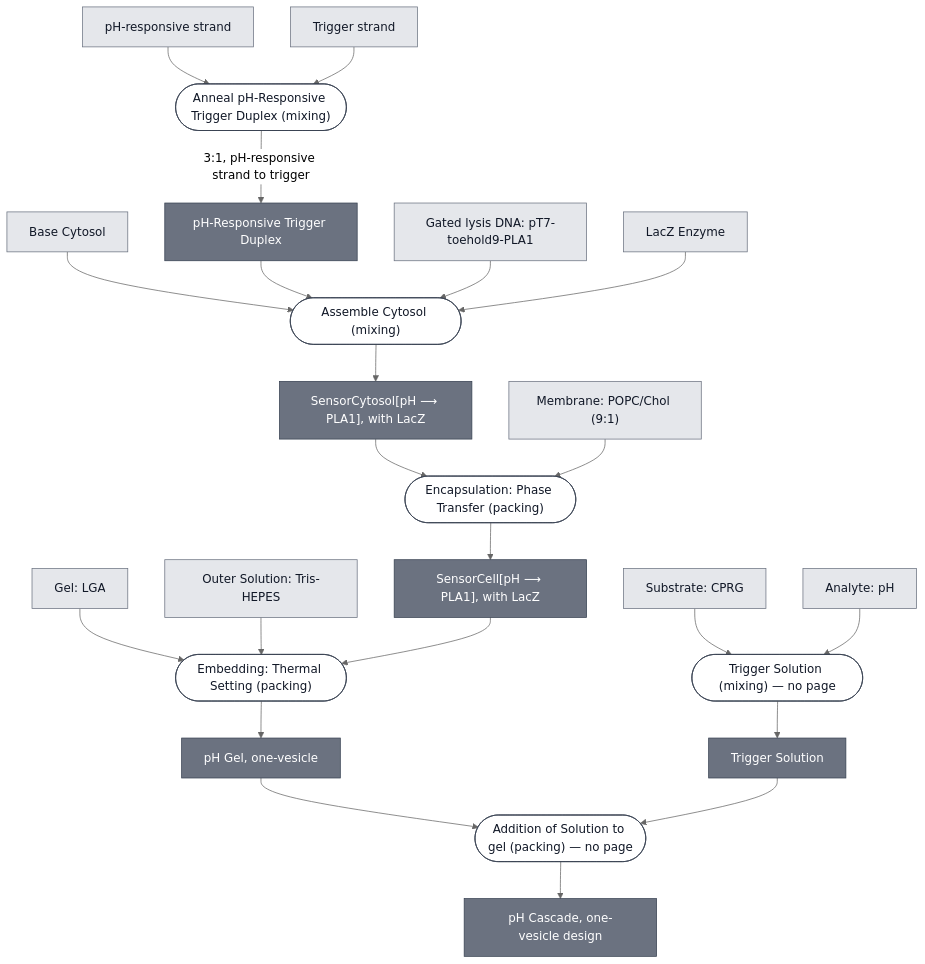
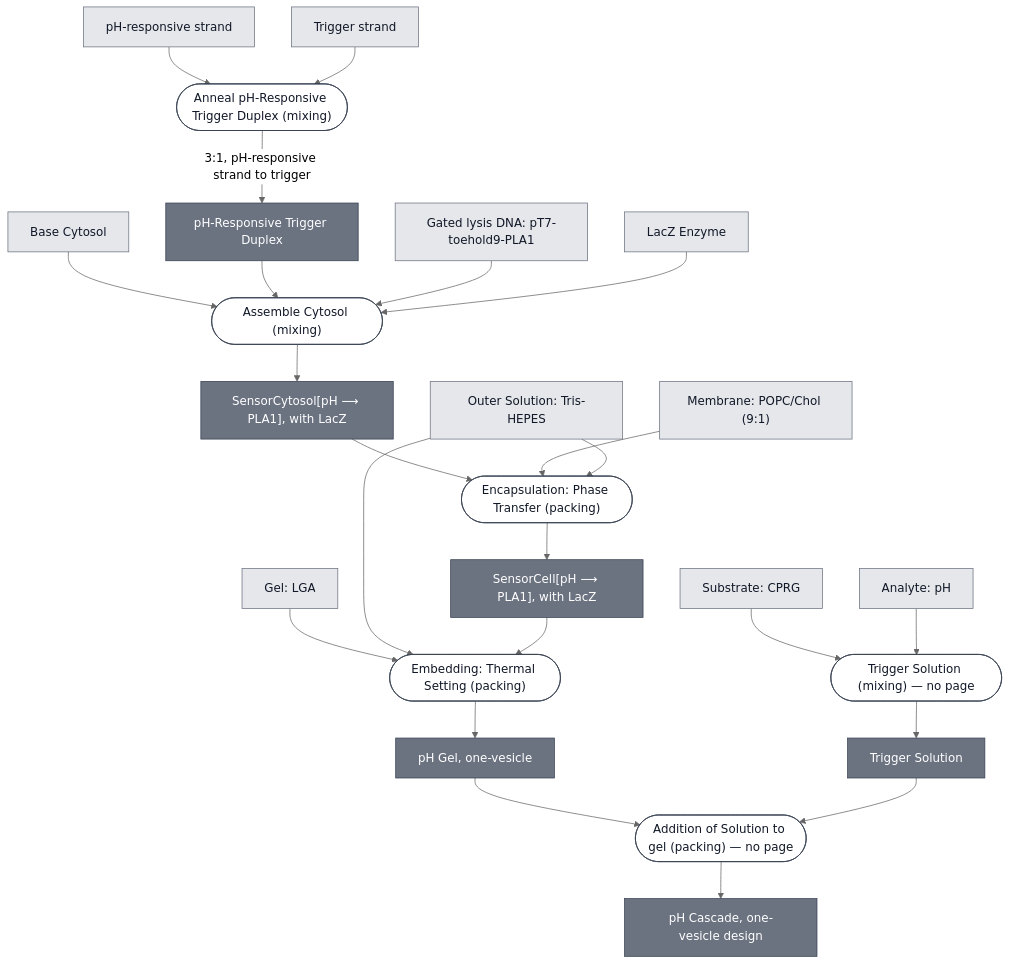
Before and after one commit to nucleus-eng/nucleus-docs: the diagram in docs/modules/ph-cascade-one-vesicle/spec.md, drawn with Mermaid (neutral theme). The commit also changed 41 other files, not shown here.

````diff
--- a/docs/modules/ph-cascade-one-vesicle/spec.md
+++ b/docs/modules/ph-cascade-one-vesicle/spec.md
@@ -33,74 +33,75 @@
 ```mermaid
 flowchart TD
     BASE_CYTOSOL["Base Cytosol"]
     PH_RESPONSIVE_SSDNA["pH-responsive strand"]
     TRIGGER_SSDNA["Trigger strand"]
     EFFECTOR_PLA1_TOEHOLD["Gated lysis DNA: pT7-toehold9-PLA1"]
     REPORTER_LACZ_ENZYME["LacZ Enzyme"]
     MEMBRANE_POPC_CHOL_9_1["Membrane: POPC/Chol (9:1)"]
     SUBSTRATE_CPRG["Substrate: CPRG"]
     LGA_POWDER["Gel: LGA"]
     OUTER_SOLUTION_TRIS_HEPES["Outer Solution: Tris-HEPES"]
     ANALYTE_PH["Analyte: pH"]
 
     P1_ANNEAL_TRIGGER_DUPLEX_0(["Anneal pH-Responsive Trigger Duplex (mixing)"])
     PH_TRIGGER_DUPLEX["pH-Responsive Trigger Duplex"]
     P2_ASSEMBLE_CYTOSOL_0(["Assemble Cytosol (mixing)"])
     PH_SENSOR_CYTOSOL_WITH_ENZYME["SensorCytosol[pH ⟶ PLA1], with LacZ"]
     P3_ENCAPSULATE_0(["Encapsulation: Phase Transfer (packing)"])
     PH_SENSING_CELL_WITH_ENZYME["SensorCell[pH ⟶ PLA1], with LacZ"]
     P4_EMBED_AGAROSE_0(["Embedding: Thermal Setting (packing)"])
     PH_GEL_ONE_VESICLE["pH Gel, one-vesicle"]
     P5_ASSEMBLE_TRIGGER_SOLUTION_0(["Trigger Solution (mixing) — no page"])
     PH_TRIGGER_SOLUTION["Trigger Solution"]
     P6_DOSE_TRIGGER_SOLUTION_0(["Addition of Solution to gel (packing) — no page"])
     PH_CASCADE_ONE_VESICLE["pH Cascade, one-vesicle design"]
 
     PH_RESPONSIVE_SSDNA --> P1_ANNEAL_TRIGGER_DUPLEX_0
     TRIGGER_SSDNA --> P1_ANNEAL_TRIGGER_DUPLEX_0
     P1_ANNEAL_TRIGGER_DUPLEX_0 -->|"3:1, pH-responsive strand to trigger"| PH_TRIGGER_DUPLEX
 
     BASE_CYTOSOL --> P2_ASSEMBLE_CYTOSOL_0
     PH_TRIGGER_DUPLEX --> P2_ASSEMBLE_CYTOSOL_0
     EFFECTOR_PLA1_TOEHOLD --> P2_ASSEMBLE_CYTOSOL_0
     REPORTER_LACZ_ENZYME --> P2_ASSEMBLE_CYTOSOL_0
     P2_ASSEMBLE_CYTOSOL_0 --> PH_SENSOR_CYTOSOL_WITH_ENZYME
 
     PH_SENSOR_CYTOSOL_WITH_ENZYME --> P3_ENCAPSULATE_0
     MEMBRANE_POPC_CHOL_9_1 --> P3_ENCAPSULATE_0
+    OUTER_SOLUTION_TRIS_HEPES --> P3_ENCAPSULATE_0
     P3_ENCAPSULATE_0 --> PH_SENSING_CELL_WITH_ENZYME
 
     LGA_POWDER --> P4_EMBED_AGAROSE_0
     OUTER_SOLUTION_TRIS_HEPES --> P4_EMBED_AGAROSE_0
     PH_SENSING_CELL_WITH_ENZYME --> P4_EMBED_AGAROSE_0
     P4_EMBED_AGAROSE_0 --> PH_GEL_ONE_VESICLE
 
     SUBSTRATE_CPRG --> P5_ASSEMBLE_TRIGGER_SOLUTION_0
     ANALYTE_PH --> P5_ASSEMBLE_TRIGGER_SOLUTION_0
     P5_ASSEMBLE_TRIGGER_SOLUTION_0 --> PH_TRIGGER_SOLUTION
 
     PH_GEL_ONE_VESICLE --> P6_DOSE_TRIGGER_SOLUTION_0
     PH_TRIGGER_SOLUTION --> P6_DOSE_TRIGGER_SOLUTION_0
     P6_DOSE_TRIGGER_SOLUTION_0 --> PH_CASCADE_ONE_VESICLE
 
 
     classDef leaf     fill:#e5e7eb,stroke:#6b7280,color:#111827;
     classDef composed fill:#6b7280,stroke:#374151,color:#ffffff;
     classDef process  fill:#ffffff,stroke:#374151,color:#111827;
     class BASE_CYTOSOL,PH_RESPONSIVE_SSDNA,TRIGGER_SSDNA,EFFECTOR_PLA1_TOEHOLD,REPORTER_LACZ_ENZYME,MEMBRANE_POPC_CHOL_9_1,SUBSTRATE_CPRG,LGA_POWDER,OUTER_SOLUTION_TRIS_HEPES,ANALYTE_PH leaf;
     class PH_TRIGGER_DUPLEX,PH_SENSOR_CYTOSOL_WITH_ENZYME,PH_SENSING_CELL_WITH_ENZYME,PH_GEL_ONE_VESICLE,PH_TRIGGER_SOLUTION,PH_CASCADE_ONE_VESICLE composed;
     class P1_ANNEAL_TRIGGER_DUPLEX_0,P2_ASSEMBLE_CYTOSOL_0,P3_ENCAPSULATE_0,P4_EMBED_AGAROSE_0,P5_ASSEMBLE_TRIGGER_SOLUTION_0,P6_DOSE_TRIGGER_SOLUTION_0 process;
 
     click BASE_CYTOSOL "/docs/modules/base-cytosol/spec"
     click REPORTER_LACZ_ENZYME "/docs/modules/reporter-lacz-enzyme/spec"
     click MEMBRANE_POPC_CHOL_9_1 "/docs/modules/membrane-popc-chol-9-1/spec"
     click SUBSTRATE_CPRG "/docs/modules/substrate-cprg/spec"
     click LGA_POWDER "/docs/modules/gel-lga/spec"
     click OUTER_SOLUTION_TRIS_HEPES "/docs/modules/outer-solution-tris-hepes/spec"
     click ANALYTE_PH "/docs/modules/analyte-ph/spec"
     click P1_ANNEAL_TRIGGER_DUPLEX_0 "/docs/processes/anneal-ph-trigger-duplex/main"
     click P2_ASSEMBLE_CYTOSOL_0 "/docs/processes/assemble-cytosol/assemble-cytosol-main"
     click P3_ENCAPSULATE_0 "/docs/processes/assemble-base-cell/main"
     click P4_EMBED_AGAROSE_0 "/docs/processes/embed-thermal-setting/main"
     click PH_CASCADE_ONE_VESICLE "/docs/modules/ph-cascade-one-vesicle/spec"
 ```
````
